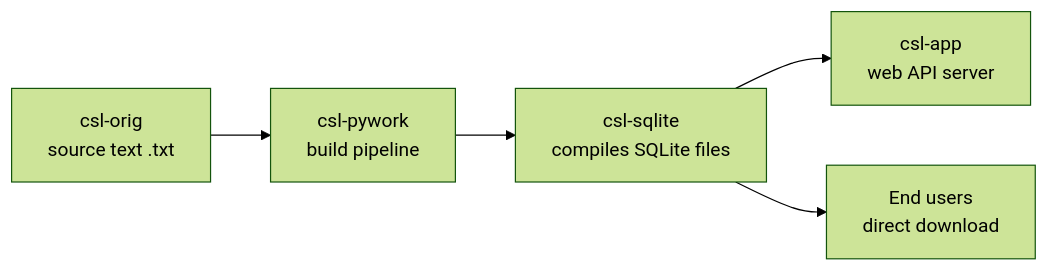
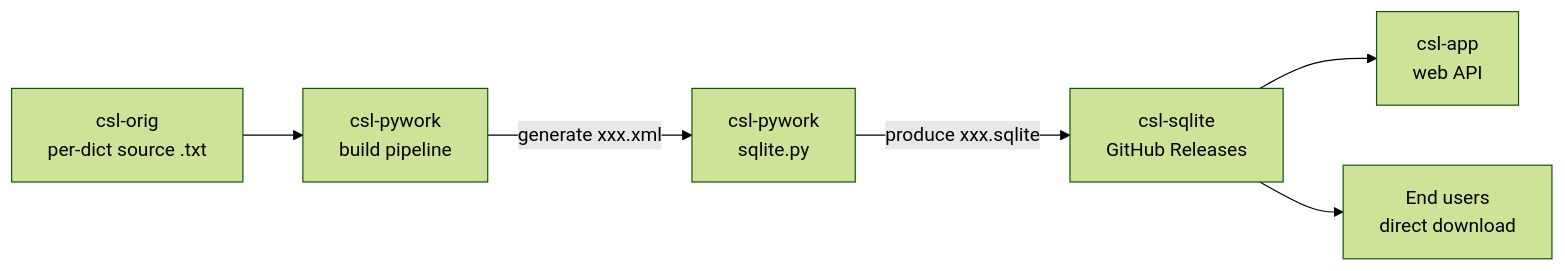
Before and after one commit to sanskrit-lexicon/csl-sqlite: the diagram in ARCHITECTURE.md, drawn with Mermaid (forest theme). The commit also changed other lines of this file and 3 other files, not shown here.

First line of the commit message:
docs-pass: replace inferred ARCHITECTURE/DEPLOY with verified content

````diff
--- a/ARCHITECTURE.md
+++ b/ARCHITECTURE.md
@@ -5,7 +5,8 @@
 ```mermaid
 flowchart LR
-    A[csl-orig\nsource text .txt] --> B[csl-pywork\nbuild pipeline]
-    B --> C[csl-sqlite\ncompiles SQLite files]
-    C --> D[csl-app\nweb API server]
-    C --> E[End users\ndirect download]
+    A[csl-orig<br/>per-dict source .txt] --> B[csl-pywork<br/>build pipeline]
+    B -->|generate xxx.xml| C[csl-pywork<br/>sqlite.py]
+    C -->|produce xxx.sqlite| D[csl-sqlite<br/>GitHub Releases]
+    D --> E[csl-app<br/>web API]
+    D --> F[End users<br/>direct download]
 ```
````
